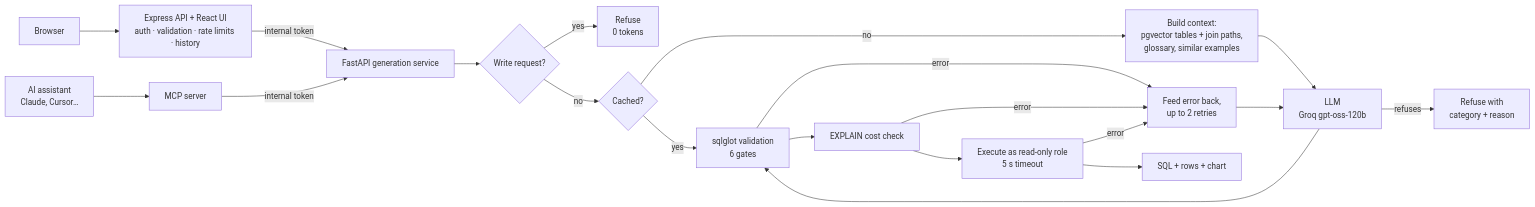
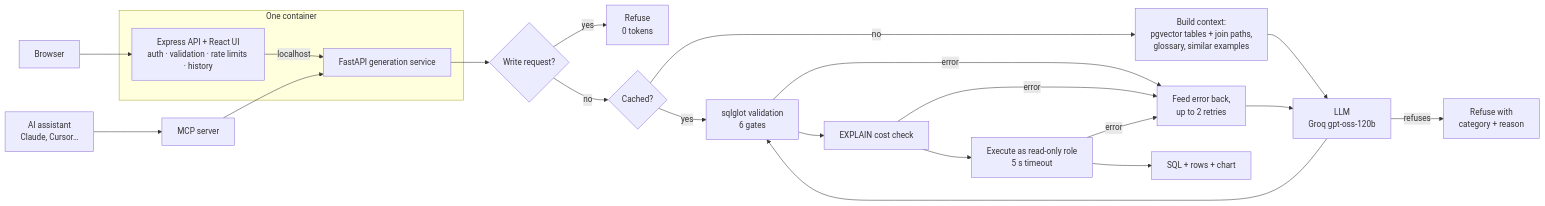
The diagram in README.md (aaryanrana01/textTosql), drawn with Mermaid before and after one commit. The commit also changed other lines of this file and 1 other file, not shown here.

Commit message:
Docs: retrieval ablation row, one-container deployment, new live link

````diff
--- a/README.md
+++ b/README.md
@@ -55,19 +60,20 @@
 ```mermaid
 flowchart LR
-    U[Browser] --> X[Express API + React UI<br/>auth · validation · rate limits · history]
-    M[AI assistant<br/>Claude, Cursor…] --> MS[MCP server]
-    X -- internal token --> G
-    MS -- internal token --> G
-    G[FastAPI generation service] --> I{Write request?}
+    U[Browser] --> X
+    subgraph C[One container]
+        X[Express API + React UI<br/>auth · validation · rate limits · history] -- localhost --> G[FastAPI generation service]
+    end
+    M[AI assistant<br/>Claude, Cursor…] --> MS[MCP server] --> G
+    G --> I{Write request?}
     I -- yes --> RF[Refuse<br/>0 tokens]
-    I -- no --> C{Cached?}
-    C -- yes --> V
-    C -- no --> CTX[Build context:<br/>pgvector tables + join paths,<br/>glossary, similar examples]
+    I -- no --> CA{Cached?}
+    CA -- yes --> V
+    CA -- no --> CTX[Build context:<br/>pgvector tables + join paths,<br/>glossary, similar examples]
     CTX --> L[LLM<br/>Groq gpt-oss-120b]
     L -- refuses --> RF2[Refuse with<br/>category + reason]
     L --> V[sqlglot validation<br/>6 gates]
     V --> K[EXPLAIN cost check]
     K --> E[Execute as read-only role<br/>5 s timeout]
     V & K & E -- error --> F[Feed error back,<br/>up to 2 retries] --> L
     E --> A[SQL + rows + chart]
 ```
````
